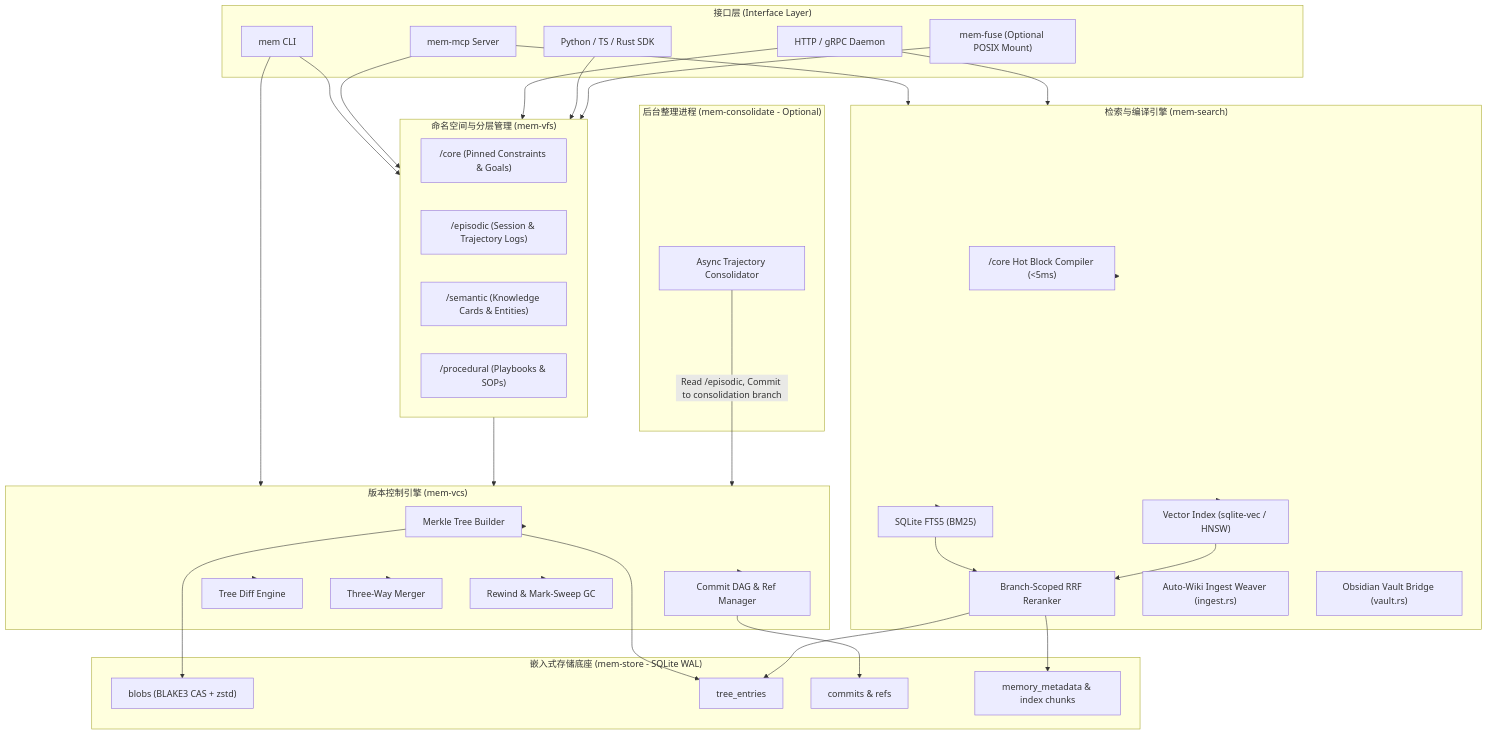
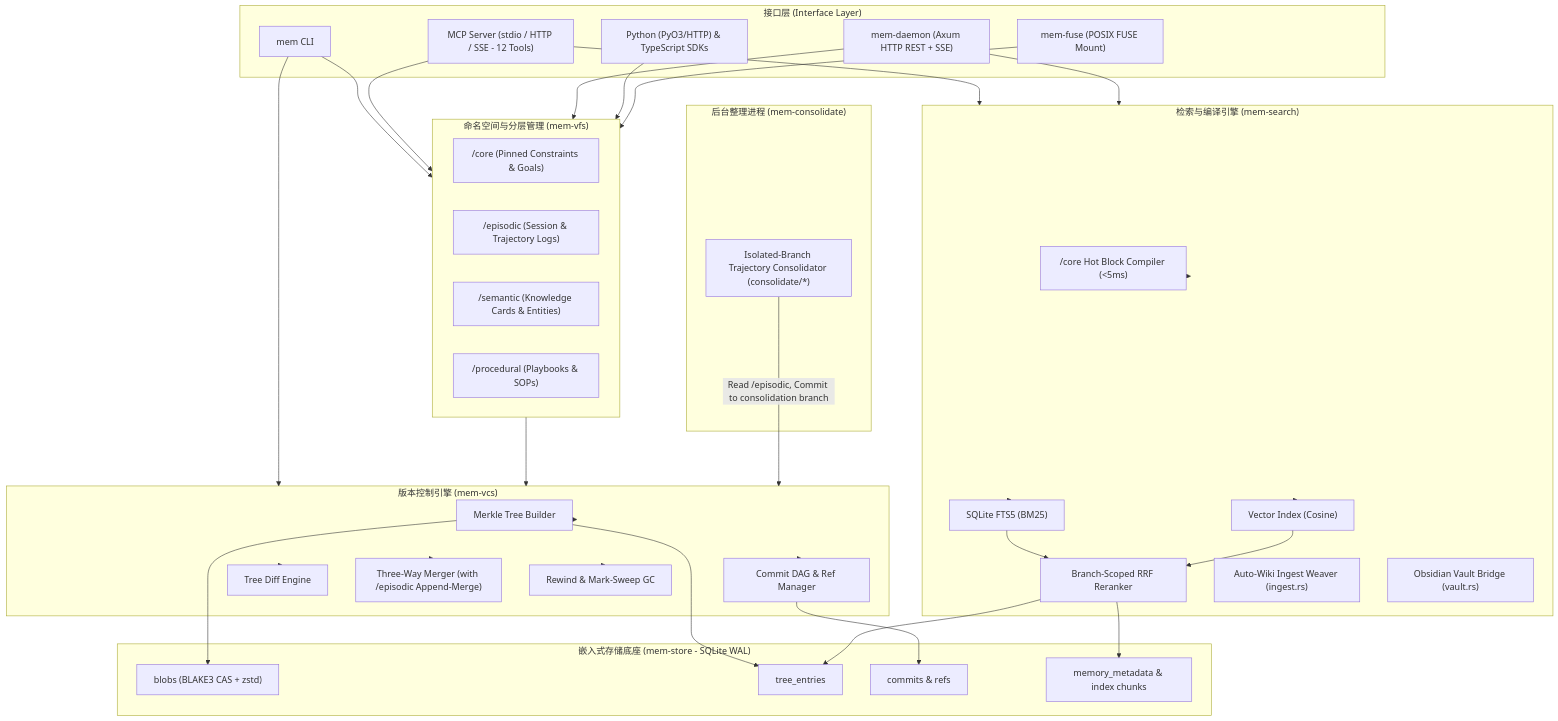
Before and after one commit to z23ng/engram: the first of 4 diagrams in docs/ARCHITECTURE.md, drawn with Mermaid. The commit also changed 60 other files, not shown here.

Commit message:
feat: complete mem-consolidate, mem-daemon, mem-fuse, and Python/TypeScript SDKs

````diff
--- a/docs/ARCHITECTURE.md
+++ b/docs/ARCHITECTURE.md
@@ -9,76 +9,76 @@
 ```mermaid
 flowchart TB
     subgraph Interface["接口层 (Interface Layer)"]
         CLI["mem CLI"]
-        MCP["mem-mcp Server"]
-        API["HTTP / gRPC Daemon"]
-        SDK["Python / TS / Rust SDK"]
-        FUSE["mem-fuse (Optional POSIX Mount)"]
+        MCP["MCP Server (stdio / HTTP / SSE - 12 Tools)"]
+        API["mem-daemon (Axum HTTP REST + SSE)"]
+        SDK["Python (PyO3/HTTP) & TypeScript SDKs"]
+        FUSE["mem-fuse (POSIX FUSE Mount)"]
     end
 
     subgraph VFS["命名空间与分层管理 (mem-vfs)"]
         CoreTier["/core (Pinned Constraints & Goals)"]
         EpisodicTier["/episodic (Session & Trajectory Logs)"]
         SemanticTier["/semantic (Knowledge Cards & Entities)"]
         ProceduralTier["/procedural (Playbooks & SOPs)"]
     end
 
     subgraph VCS["版本控制引擎 (mem-vcs)"]
         TreeBuilder["Merkle Tree Builder"]
         CommitDAG["Commit DAG & Ref Manager"]
         DiffEngine["Tree Diff Engine"]
-        Merger["Three-Way Merger"]
+        Merger["Three-Way Merger (with /episodic Append-Merge)"]
         RewindGC["Rewind & Mark-Sweep GC"]
     end
 
     subgraph Search["检索与编译引擎 (mem-search)"]
         HotCompiler["/core Hot Block Compiler (<5ms)"]
         FTS["SQLite FTS5 (BM25)"]
-        VecIdx["Vector Index (sqlite-vec / HNSW)"]
+        VecIdx["Vector Index (Cosine)"]
         RRF["Branch-Scoped RRF Reranker"]
         Ingest["Auto-Wiki Ingest Weaver (ingest.rs)"]
         Vault["Obsidian Vault Bridge (vault.rs)"]
     end
 
     subgraph Storage["嵌入式存储底座 (mem-store - SQLite WAL)"]
         Blobs["blobs (BLAKE3 CAS + zstd)"]
         Trees["tree_entries"]
         Commits["commits & refs"]
         MetaIdx["memory_metadata & index chunks"]
     end
 
-    subgraph ColdPath["后台整理进程 (mem-consolidate - Optional)"]
-        SleepWorker["Async Trajectory Consolidator"]
+    subgraph ColdPath["后台整理进程 (mem-consolidate)"]
+        SleepWorker["Isolated-Branch Trajectory Consolidator (consolidate/*)"]
     end
 
     CLI --> VFS
     MCP --> VFS
     API --> VFS
     SDK --> VFS
     FUSE --> VFS
 
     MCP --> Search
     API --> Search
     CLI --> VCS
 
     VFS --> VCS
     VCS --> TreeBuilder
     VCS --> CommitDAG
     VCS --> DiffEngine
     VCS --> Merger
     VCS --> RewindGC
 
     TreeBuilder --> Blobs
     TreeBuilder --> Trees
     CommitDAG --> Commits
 
     Search --> HotCompiler
     Search --> FTS
     Search --> VecIdx
     FTS --> RRF
     VecIdx --> RRF
     RRF --> Trees
     RRF --> MetaIdx
 
     SleepWorker -->|"Read /episodic, Commit to consolidation branch"| VCS
 ```
````
